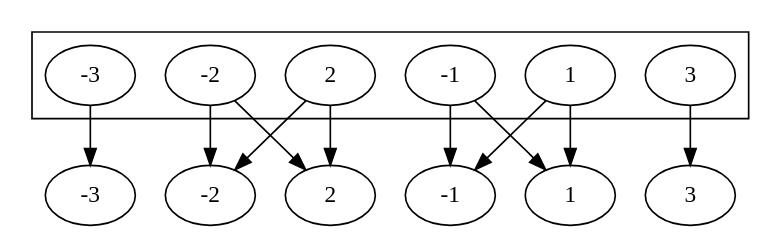
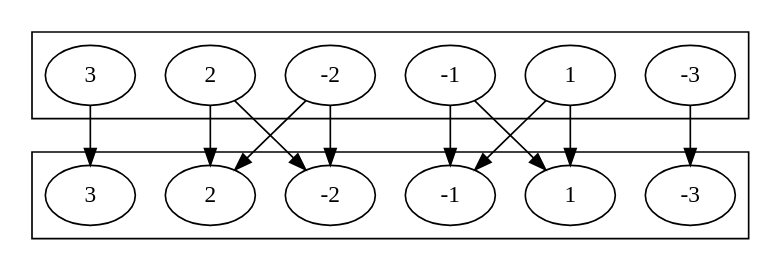
The diagram in CSDS 302 - Discrete Math/HW/1.md (tnichols217/notes), drawn with Graphviz before and after one commit.

Commit message:
vault backup: 2024-01-26 12:30:35

````diff
--- a/CSDS 302 - Discrete Math/HW/1.md
+++ b/CSDS 302 - Discrete Math/HW/1.md
@@ -132,25 +132,28 @@
 ```dot
 digraph {
 	subgraph {
 		cluster=true
 		a [label=-3]
 		b [label=-2]
 		c [label=-1]
 		d [label=1]
 		e [label=2]
 		f [label=3]
 	}
-	A [label=-3]
-	B [label=-2]
-	C [label=-1]
-	D [label=1]
-	E [label=2]
-	F [label=3]
+	subgraph {
+		cluster=true
+		A [label=-3]
+		B [label=-2]
+		C [label=-1]
+		D [label=1]
+		E [label=2]
+		F [label=3]
+	}
 	a -> A
 	b -> {B E}
 	c -> {C D}
 	d -> {C D}
 	e -> {B E}
 	f -> F
 }
 ```
````
